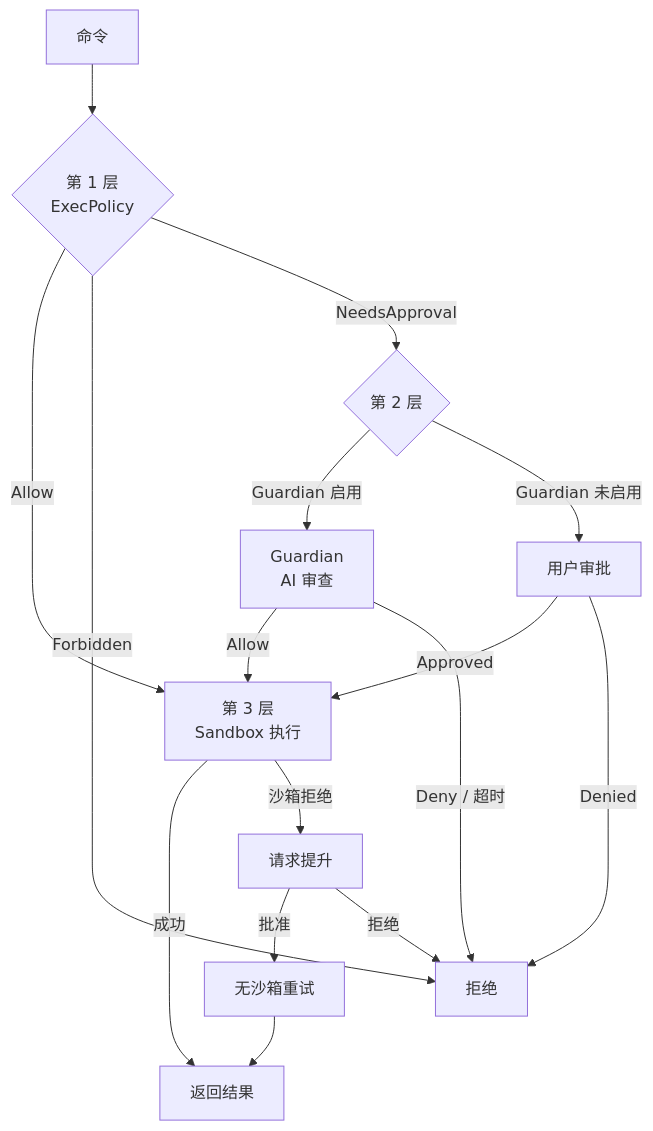
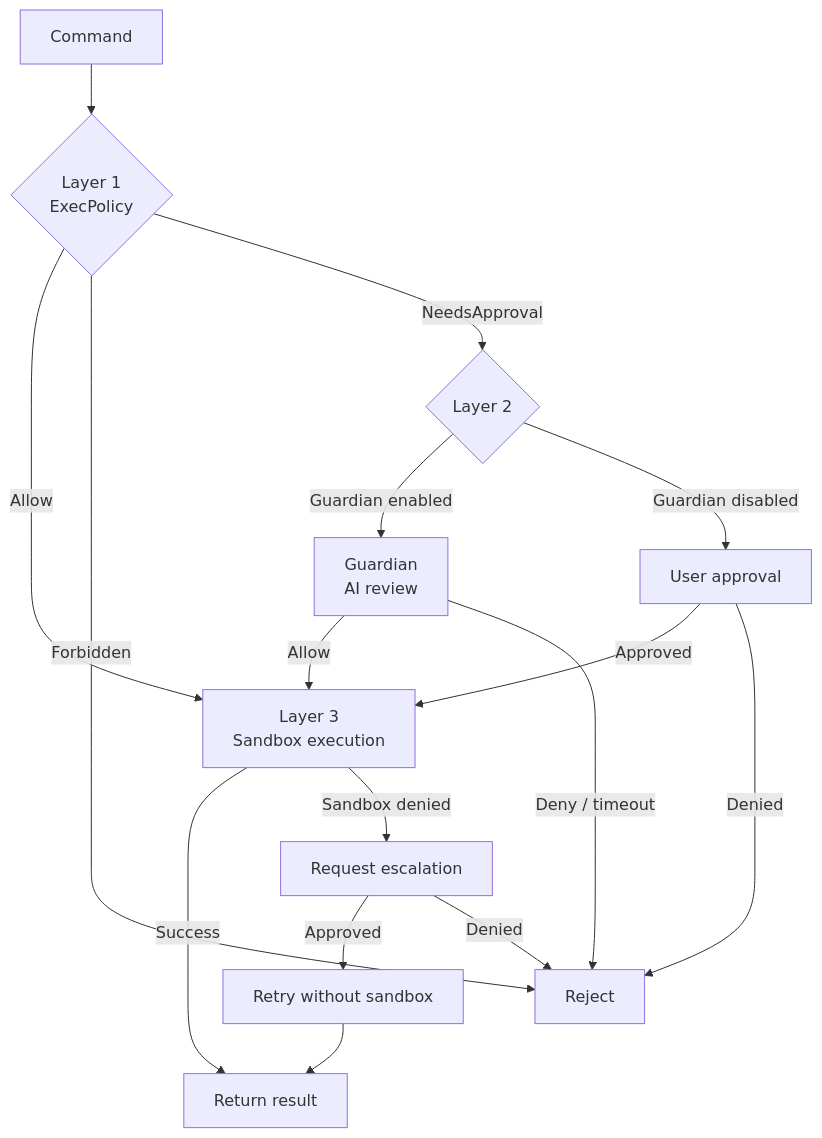
Before and after one commit to yibn2008/learn-codex: the diagram in wiki/07-approval-safety.md, drawn with Mermaid. The commit also changed other lines of this file and 32 other files, not shown here.

````diff
--- a/wiki/07-approval-safety.md
+++ b/wiki/07-approval-safety.md
@@ -46,21 +48,21 @@
 ```mermaid
 graph TD
-    CMD[命令] --> L1{第 1 层<br/>ExecPolicy}
+    CMD[Command] --> L1{Layer 1<br/>ExecPolicy}
     L1 -->|Allow| L3
-    L1 -->|Forbidden| REJECT[拒绝]
-    L1 -->|NeedsApproval| L2{第 2 层}
+    L1 -->|Forbidden| REJECT[Reject]
+    L1 -->|NeedsApproval| L2{Layer 2}
 
-    L2 -->|Guardian 启用| GUARD[Guardian<br/>AI 审查]
-    L2 -->|Guardian 未启用| USER[用户审批]
+    L2 -->|Guardian enabled| GUARD[Guardian<br/>AI review]
+    L2 -->|Guardian disabled| USER[User approval]
     GUARD -->|Allow| L3
-    GUARD -->|Deny / 超时| REJECT
+    GUARD -->|Deny / timeout| REJECT
     USER -->|Approved| L3
     USER -->|Denied| REJECT
 
-    L3[第 3 层<br/>Sandbox 执行]
-    L3 -->|成功| OK[返回结果]
-    L3 -->|沙箱拒绝| ESC[请求提升]
-    ESC -->|批准| NOSB[无沙箱重试]
-    ESC -->|拒绝| REJECT
+    L3[Layer 3<br/>Sandbox execution]
+    L3 -->|Success| OK[Return result]
+    L3 -->|Sandbox denied| ESC[Request escalation]
+    ESC -->|Approved| NOSB[Retry without sandbox]
+    ESC -->|Denied| REJECT
     NOSB --> OK
 ```
````
